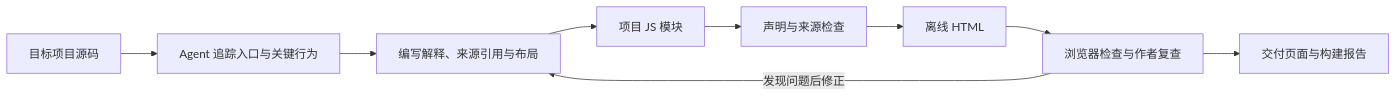
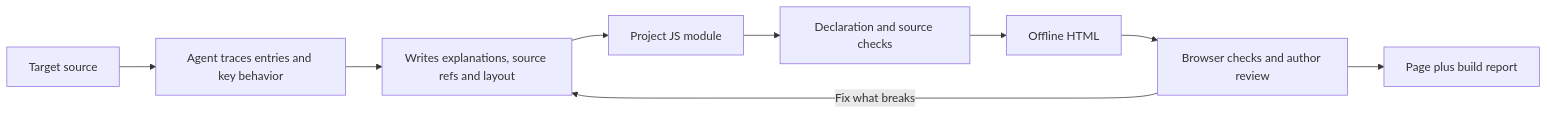
One commit to Elsya111/litflux changed the diagram in README.md. Above: the diagram before and after it, drawn with Mermaid. The commit also changed other lines of this file and 2 other files, not shown here.

````diff
--- a/README.md
+++ b/README.md
@@ -170,11 +171,11 @@
 ```mermaid
 flowchart LR
-    A[目标项目源码] --> B[Agent 追踪入口与关键行为]
-    B --> C[编写解释、来源引用与布局]
-    C --> D[项目 JS 模块]
-    D --> E[声明与来源检查]
-    E --> F[离线 HTML]
-    F --> G[浏览器检查与作者复查]
-    G --> H[交付页面与构建报告]
-    G -->|发现问题后修正| C
+    A[Target source] --> B[Agent traces entries and key behavior]
+    B --> C[Writes explanations, source refs and layout]
+    C --> D[Project JS module]
+    D --> E[Declaration and source checks]
+    E --> F[Offline HTML]
+    F --> G[Browser checks and author review]
+    G --> H[Page plus build report]
+    G -->|Fix what breaks| C
 ```
````
